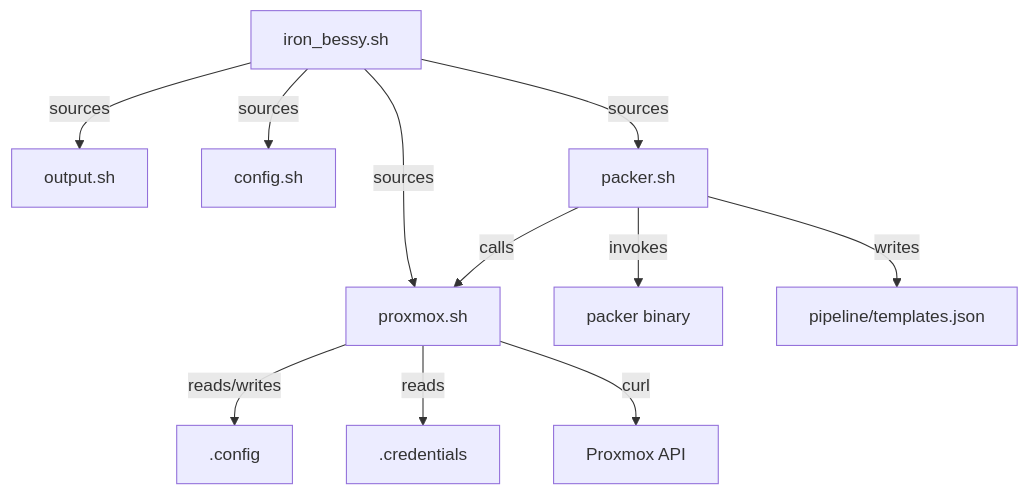
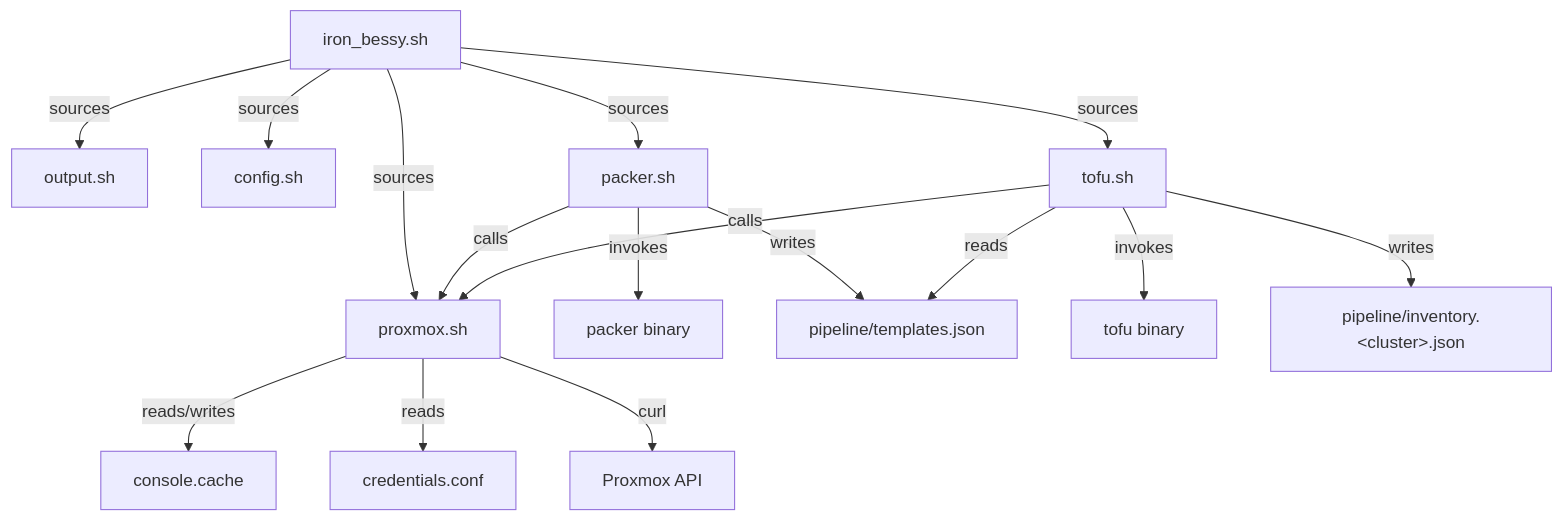
Before and after one commit to tonysperez/iron_bessy: the first of 3 diagrams in console/README.md, drawn with Mermaid. The commit also changed other lines of this file and 29 other files, not shown here.

````diff
--- a/console/README.md
+++ b/console/README.md
@@ -37,14 +39,19 @@
 ```mermaid
 flowchart TD
     A[iron_bessy.sh] -->|sources| B[output.sh]
     A -->|sources| C[config.sh]
     A -->|sources| D[proxmox.sh]
     A -->|sources| E[packer.sh]
+    A -->|sources| T[tofu.sh]
 
     E -->|calls| D
-    D -->|reads/writes| F[.config]
-    D -->|reads| G[.credentials]
+    T -->|calls| D
+    D -->|reads/writes| F[console.cache]
+    D -->|reads| G[credentials.conf]
     D -->|curl| H[Proxmox API]
     E -->|invokes| I[packer binary]
     E -->|writes| J[pipeline/templates.json]
+    T -->|reads| J
+    T -->|invokes| K[tofu binary]
+    T -->|writes| L[pipeline/inventory.&lt;cluster&gt;.json]
 ```
````
